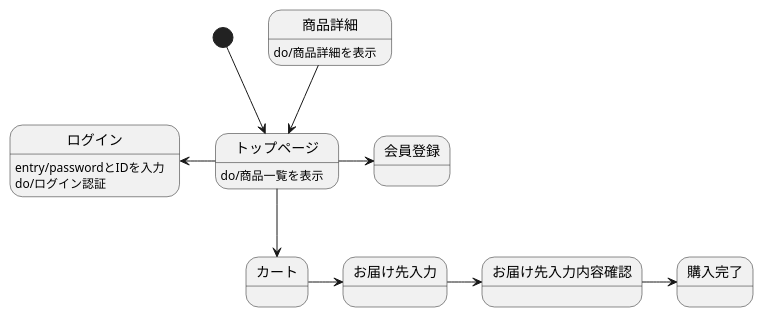
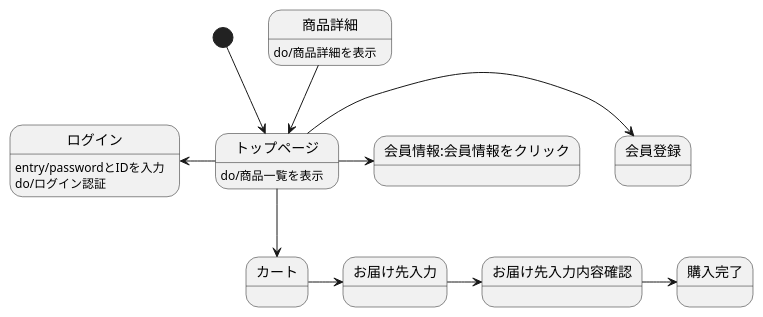
Before and after one commit to Aso2001388/2021sys-design: the diagram in stm01.md, drawn with PlantUML.

````diff
--- a/stm01.md
+++ b/stm01.md
@@ -1,17 +1,19 @@
 ```uml
 @startuml
 [*] --> トップページ
 トップページ -> 会員登録
 トップページ -left-> ログイン
 トップページ --> カート
 カート -> お届け先入力
 お届け先入力 -> お届け先入力内容確認
 お届け先入力内容確認 -> 購入完了
 商品詳細-->トップページ
 
+トップページ->会員情報:会員情報をクリック
+
 トップページ:do/商品一覧を表示
 ログイン : entry/passwordとIDを入力
 ログイン : do/ログイン認証
 商品詳細: do/商品詳細を表示
 @enduml
 ```
````
